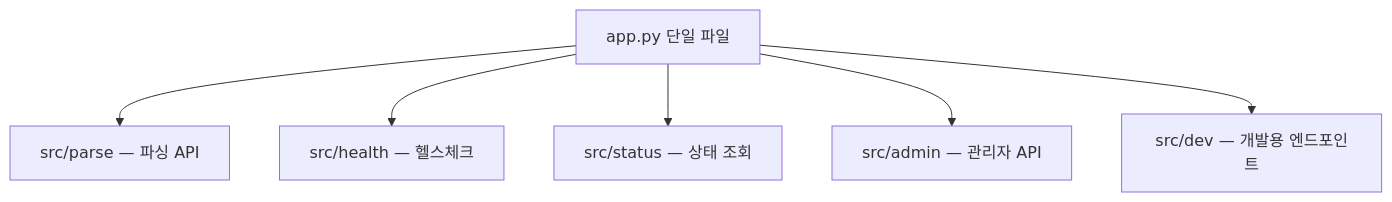
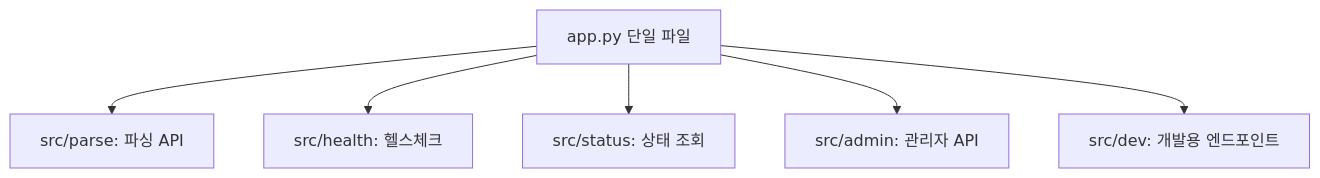
Before and after one commit to jon890/fos-study: the first of 2 diagrams in task/ai-service-team/docparser-quality-regression.md, drawn with Mermaid. The commit also changed other lines of this file and 13 other files, not shown here.

````diff
--- a/task/ai-service-team/docparser-quality-regression.md
+++ b/task/ai-service-team/docparser-quality-regression.md
@@ -26,8 +26,8 @@
 ```mermaid
 flowchart TB
-    A[app.py 단일 파일] --> B[src/parse — 파싱 API]
-    A --> C[src/health — 헬스체크]
-    A --> D[src/status — 상태 조회]
-    A --> E[src/admin — 관리자 API]
-    A --> F[src/dev — 개발용 엔드포인트]
+    A[app.py 단일 파일] --> B[src/parse: 파싱 API]
+    A --> C[src/health: 헬스체크]
+    A --> D[src/status: 상태 조회]
+    A --> E[src/admin: 관리자 API]
+    A --> F[src/dev: 개발용 엔드포인트]
 ```
````
